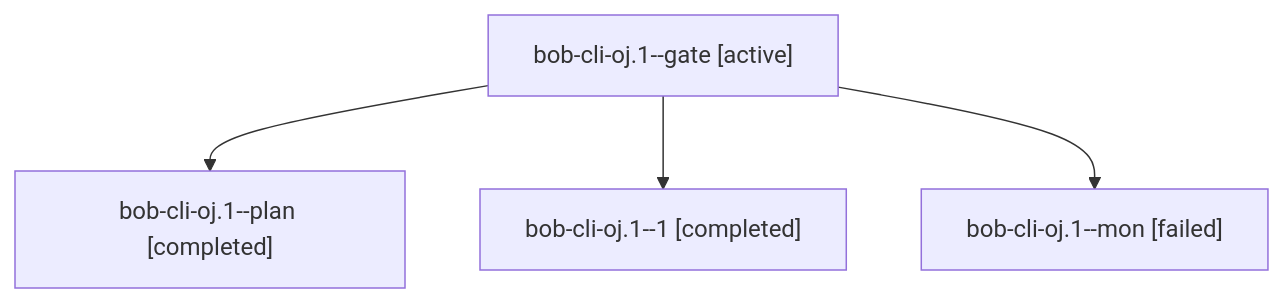
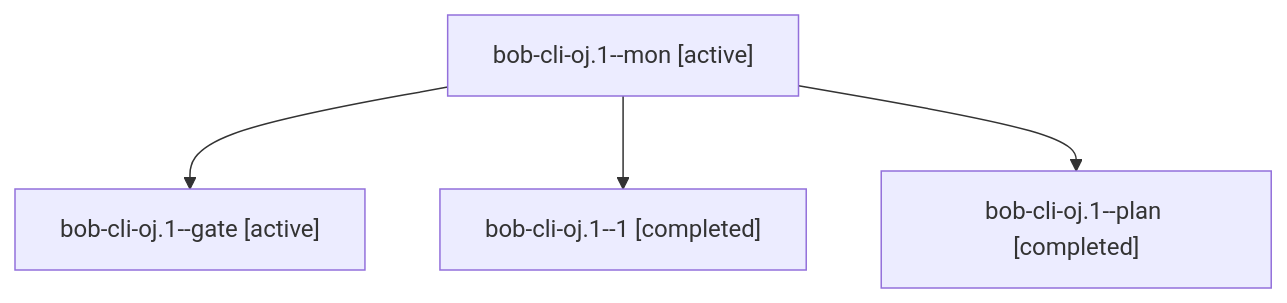
Before and after one commit to bobs-org/bob-cli--agents: the diagram in sessions/bbugyi200.athena.bob-cli-oj.1.md, drawn with Mermaid. The commit also changed other lines of this file and 39 other files, not shown here.

````diff
--- a/sessions/bbugyi200.athena.bob-cli-oj.1.md
+++ b/sessions/bbugyi200.athena.bob-cli-oj.1.md
@@ -9,10 +9,10 @@
 ```mermaid
 flowchart TD
-  n0["bob-cli-oj.1--gate [active]"]
-  n1["bob-cli-oj.1--plan [completed]"]
+  n0["bob-cli-oj.1--mon [active]"]
+  n1["bob-cli-oj.1--gate [active]"]
   n0 --> n1
   n2["bob-cli-oj.1--1 [completed]"]
   n0 --> n2
-  n3["bob-cli-oj.1--mon [failed]"]
+  n3["bob-cli-oj.1--plan [completed]"]
   n0 --> n3
 ```
````
